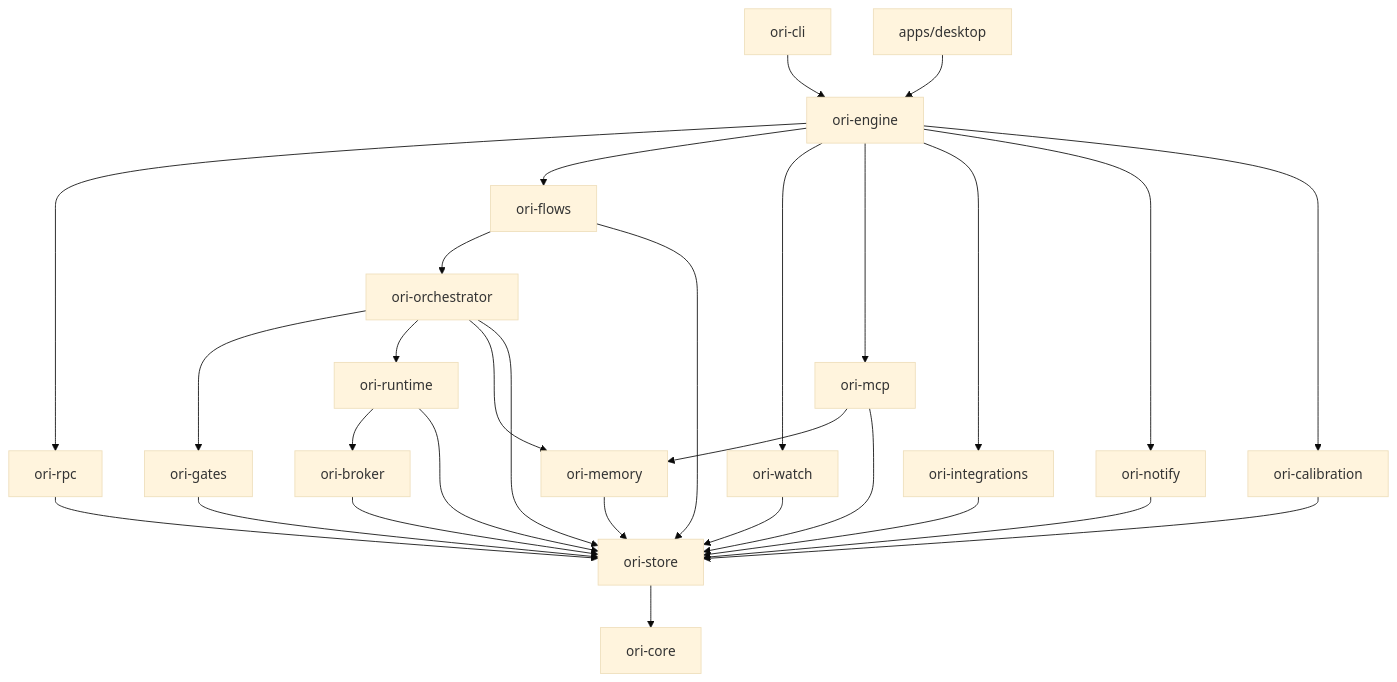
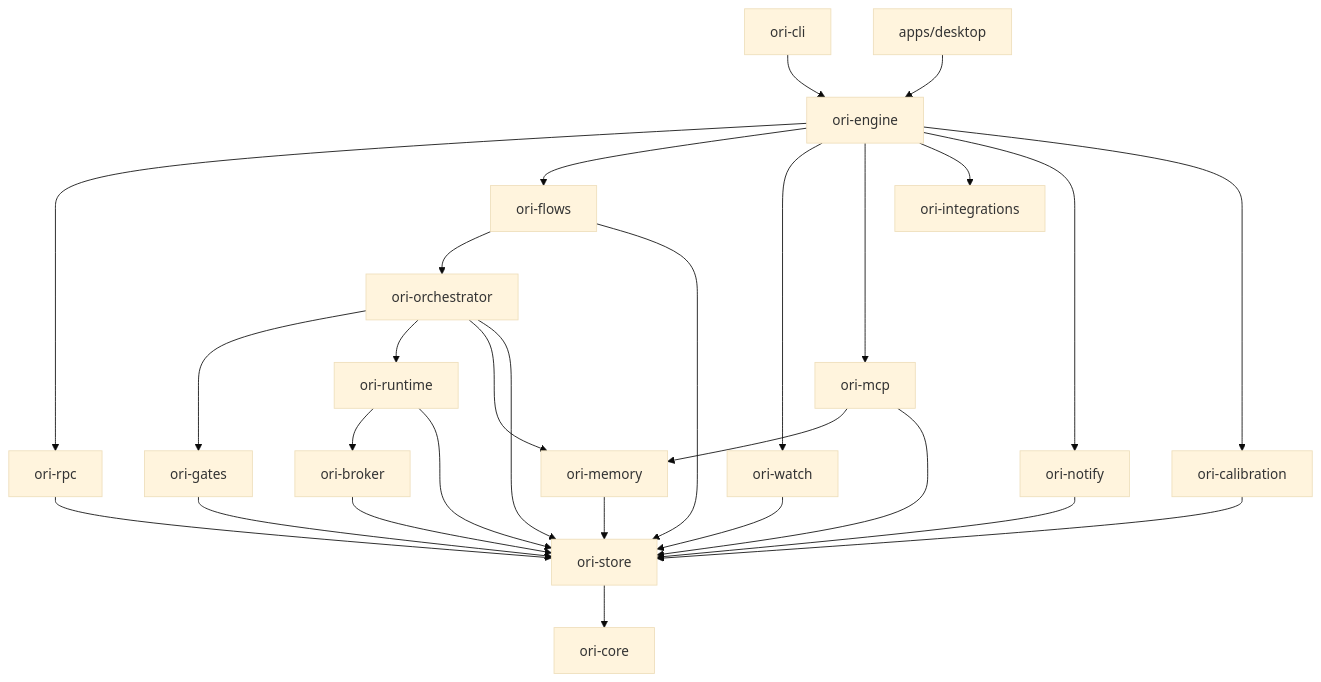
One commit to rachidsahane/ORI-STUDIO changed the diagram in spec/LLD.md. Above: the diagram before and after it, drawn with Mermaid (base theme). The commit also changed other lines of this file and 145 other files, not shown here.

````diff
--- a/spec/LLD.md
+++ b/spec/LLD.md
@@ -44,20 +44,20 @@
 ```mermaid
 flowchart TB
   CLI[ori-cli] --> ENG[ori-engine]
   DESK[apps/desktop] --> ENG
   ENG --> RPC[ori-rpc]
   ENG --> FLOWS[ori-flows]
   ENG --> WATCH[ori-watch]
   ENG --> MCP[ori-mcp]
   ENG --> INT[ori-integrations]
   ENG --> NOT[ori-notify]
   ENG --> CAL[ori-calibration]
   FLOWS --> ORC[ori-orchestrator]
   ORC --> GATES[ori-gates]
   ORC --> RT[ori-runtime]
   RT --> BRK[ori-broker]
   MCP --> MEM[ori-memory]
   ORC --> MEM
-  RPC & FLOWS & WATCH & MCP & INT & NOT & CAL & ORC & GATES & RT & BRK & MEM --> STORE[ori-store]
+  RPC & FLOWS & WATCH & MCP & NOT & CAL & ORC & GATES & RT & BRK & MEM --> STORE[ori-store]
   STORE --> CORE[ori-core]
 ```
````
